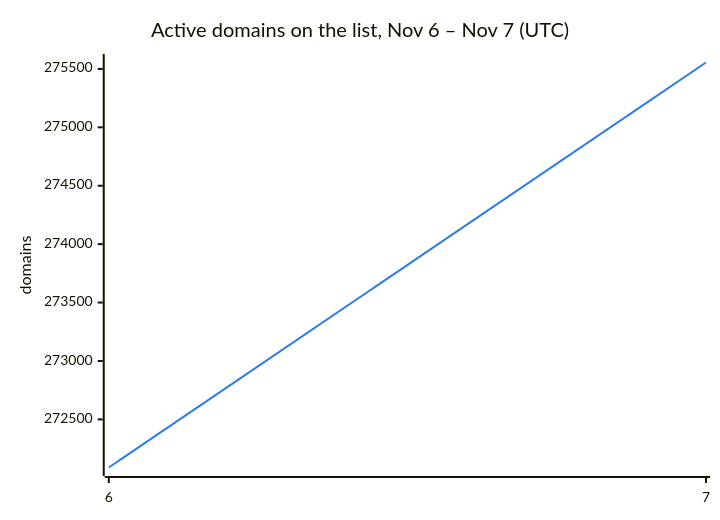
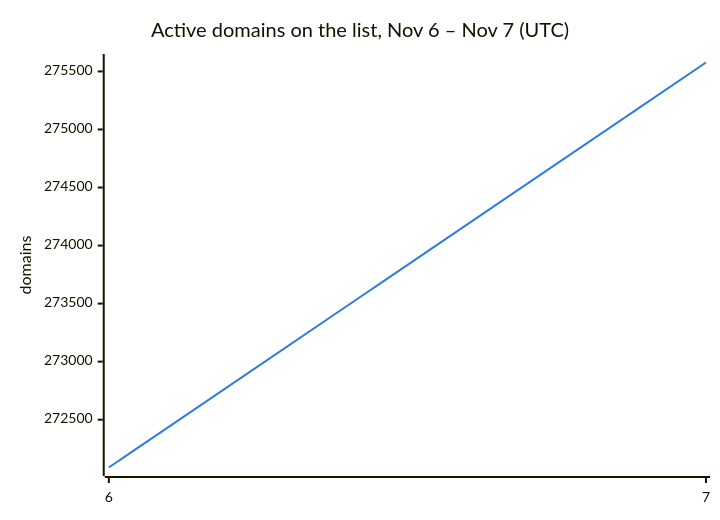
Before and after one commit to DNSBunker/CTI: the second of 3 diagrams in README.md, drawn with Mermaid. The commit also changed other lines of this file and 3 other files, not shown here.

````diff
--- a/README.md
+++ b/README.md
@@ -38,8 +38,8 @@
 ```mermaid
 %%{init: {"themeVariables": {"xyChart": {"plotColorPalette": "#2c7be5"}}}}%%
 xychart-beta
     title "Active domains on the list, Nov 6 – Nov 7 (UTC)"
     x-axis ["6", "7"]
     y-axis "domains"
-    line [272088, 275555]
+    line [272088, 275577]
 ```
````
